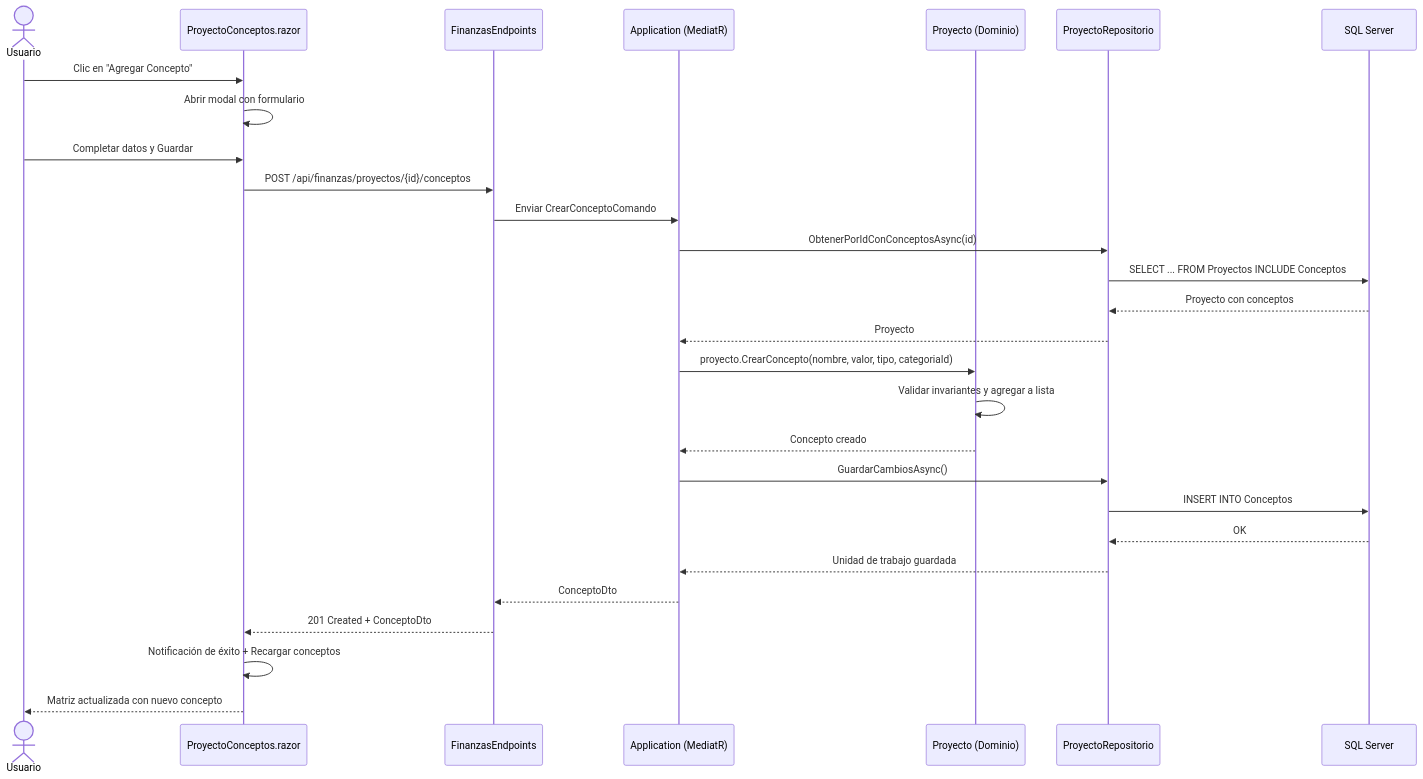
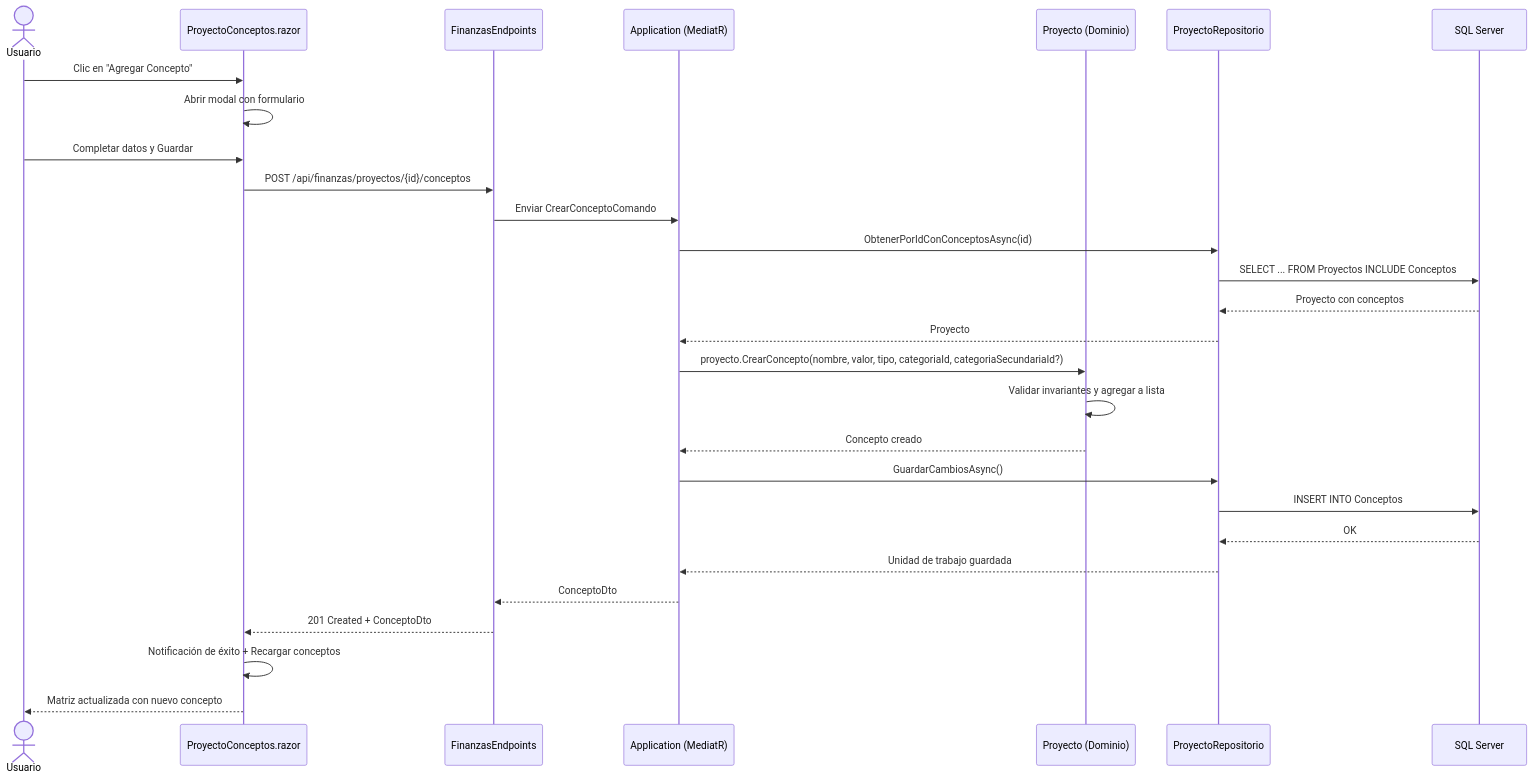
One commit to kenchic/FinanKore changed the second of 2 diagrams in docs/use-cases/crear_concepto_proyecto.md. Above: the diagram before and after it, drawn with Mermaid. The commit also changed other lines of this file and 55 other files, not shown here.

````diff
--- a/docs/use-cases/crear_concepto_proyecto.md
+++ b/docs/use-cases/crear_concepto_proyecto.md
@@ -115,31 +118,31 @@
 ```mermaid
 sequenceDiagram
     actor Usuario
     participant Web as ProyectoConceptos.razor
     participant API as FinanzasEndpoints
     participant App as Application (MediatR)
     participant Dom as Proyecto (Dominio)
     participant Inf as ProyectoRepositorio
     participant DB as SQL Server
 
     Usuario->>Web: Clic en "Agregar Concepto"
     Web->>Web: Abrir modal con formulario
     Usuario->>Web: Completar datos y Guardar
     Web->>API: POST /api/finanzas/proyectos/{id}/conceptos
     API->>App: Enviar CrearConceptoComando
     App->>Inf: ObtenerPorIdConConceptosAsync(id)
     Inf->>DB: SELECT ... FROM Proyectos INCLUDE Conceptos
     DB-->>Inf: Proyecto con conceptos
     Inf-->>App: Proyecto
-    App->>Dom: proyecto.CrearConcepto(nombre, valor, tipo, categoriaId)
+    App->>Dom: proyecto.CrearConcepto(nombre, valor, tipo, categoriaId, categoriaSecundariaId?)
     Dom->>Dom: Validar invariantes y agregar a lista
     Dom-->>App: Concepto creado
     App->>Inf: GuardarCambiosAsync()
     Inf->>DB: INSERT INTO Conceptos
     DB-->>Inf: OK
     Inf-->>App: Unidad de trabajo guardada
     App-->>API: ConceptoDto
     API-->>Web: 201 Created + ConceptoDto
     Web->>Web: Notificación de éxito + Recargar conceptos
     Web-->>Usuario: Matriz actualizada con nuevo concepto
 ```
````
